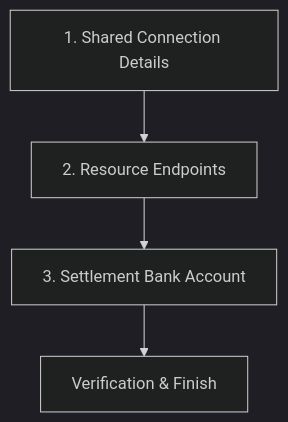
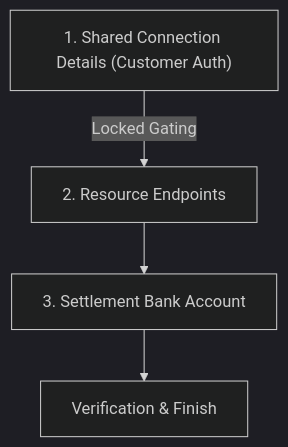
Before and after one commit to theajthakur/razorpay_buildathon: the diagram in frontend_main/docs/onboarding-flow.md, drawn with Mermaid (dark theme). The commit also changed other lines of this file and 9 other files, not shown here.

````diff
--- a/frontend_main/docs/onboarding-flow.md
+++ b/frontend_main/docs/onboarding-flow.md
@@ -9,6 +9,6 @@
 ```mermaid
 graph TD
-  A[1. Shared Connection Details] --> B[2. Resource Endpoints]
-  B --> C[3. Settlement Bank Account]
-  C --> D[Verification & Finish]
+  A["1. Shared Connection Details (Customer Auth)"] -->|Locked Gating| B["2. Resource Endpoints"]
+  B --> C["3. Settlement Bank Account"]
+  C --> D["Verification & Finish"]
 ```
````
